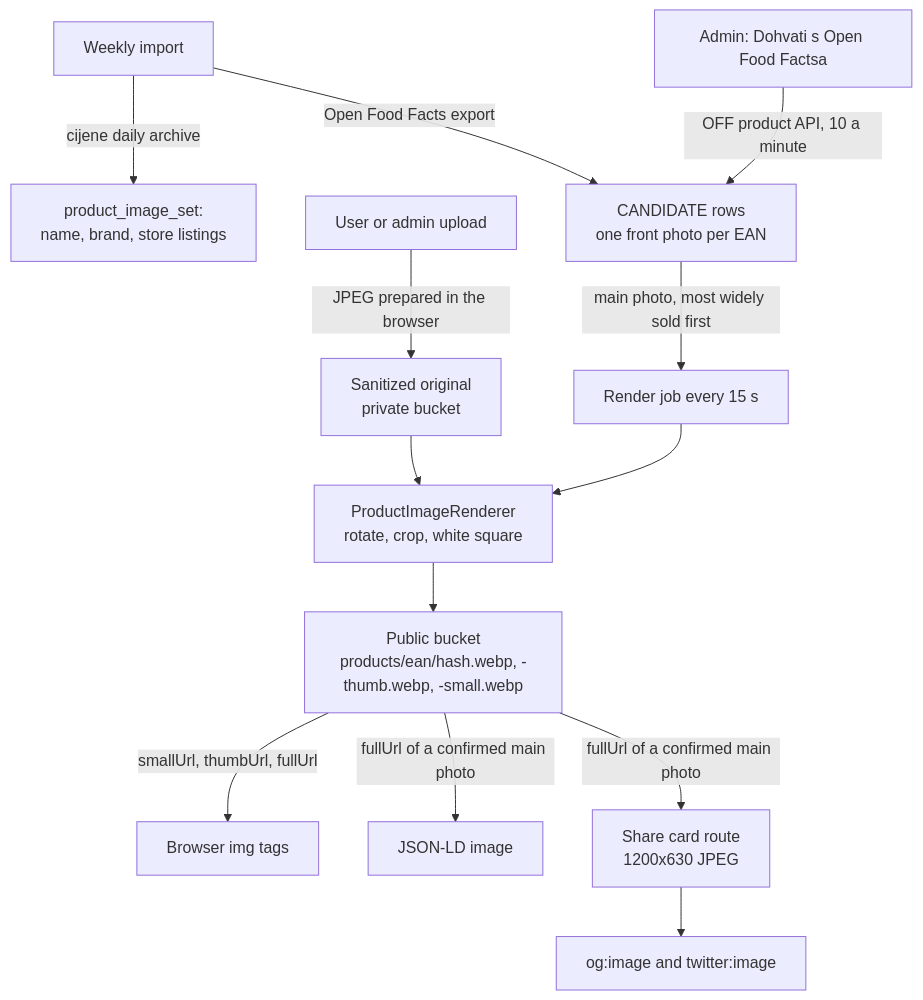
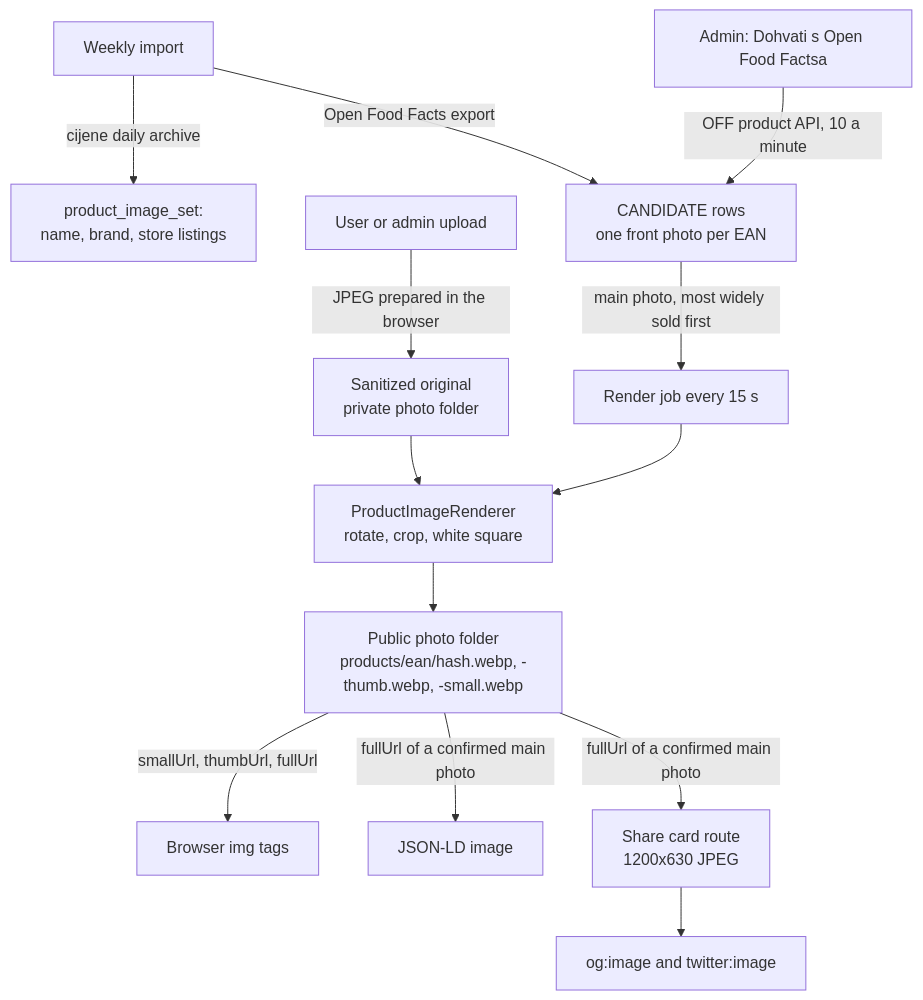
One commit to OffCrazyFreak/Disscount changed the first of 2 diagrams in docs/PRODUCT-IMAGES.md. Above: the diagram before and after it, drawn with Mermaid. The commit also changed other lines of this file and 6 other files, not shown here.

````diff
--- a/docs/PRODUCT-IMAGES.md
+++ b/docs/PRODUCT-IMAGES.md
@@ -28,15 +28,15 @@
 ```mermaid
 flowchart TD
     W[Weekly import] -->|cijene daily archive| S[product_image_set:<br/>name, brand, store listings]
     W -->|Open Food Facts export| C[CANDIDATE rows<br/>one front photo per EAN]
     A[Admin: Dohvati s Open Food Factsa] -->|OFF product API, 10 a minute| C
-    U[User or admin upload] -->|JPEG prepared in the browser| O[Sanitized original<br/>private bucket]
+    U[User or admin upload] -->|JPEG prepared in the browser| O[Sanitized original<br/>private photo folder]
     O --> R
     C -->|main photo, most widely sold first| J[Render job every 15 s]
     J --> R[ProductImageRenderer<br/>rotate, crop, white square]
-    R --> P["Public bucket<br/>products/ean/hash.webp, -thumb.webp, -small.webp"]
+    R --> P["Public photo folder<br/>products/ean/hash.webp, -thumb.webp, -small.webp"]
     P -->|smallUrl, thumbUrl, fullUrl| B[Browser img tags]
     P -->|fullUrl of a confirmed main photo| LD[JSON-LD image]
     P -->|fullUrl of a confirmed main photo| CARD["Share card route<br/>1200x630 JPEG"]
     CARD --> SEO[og:image and twitter:image]
 ```
````
